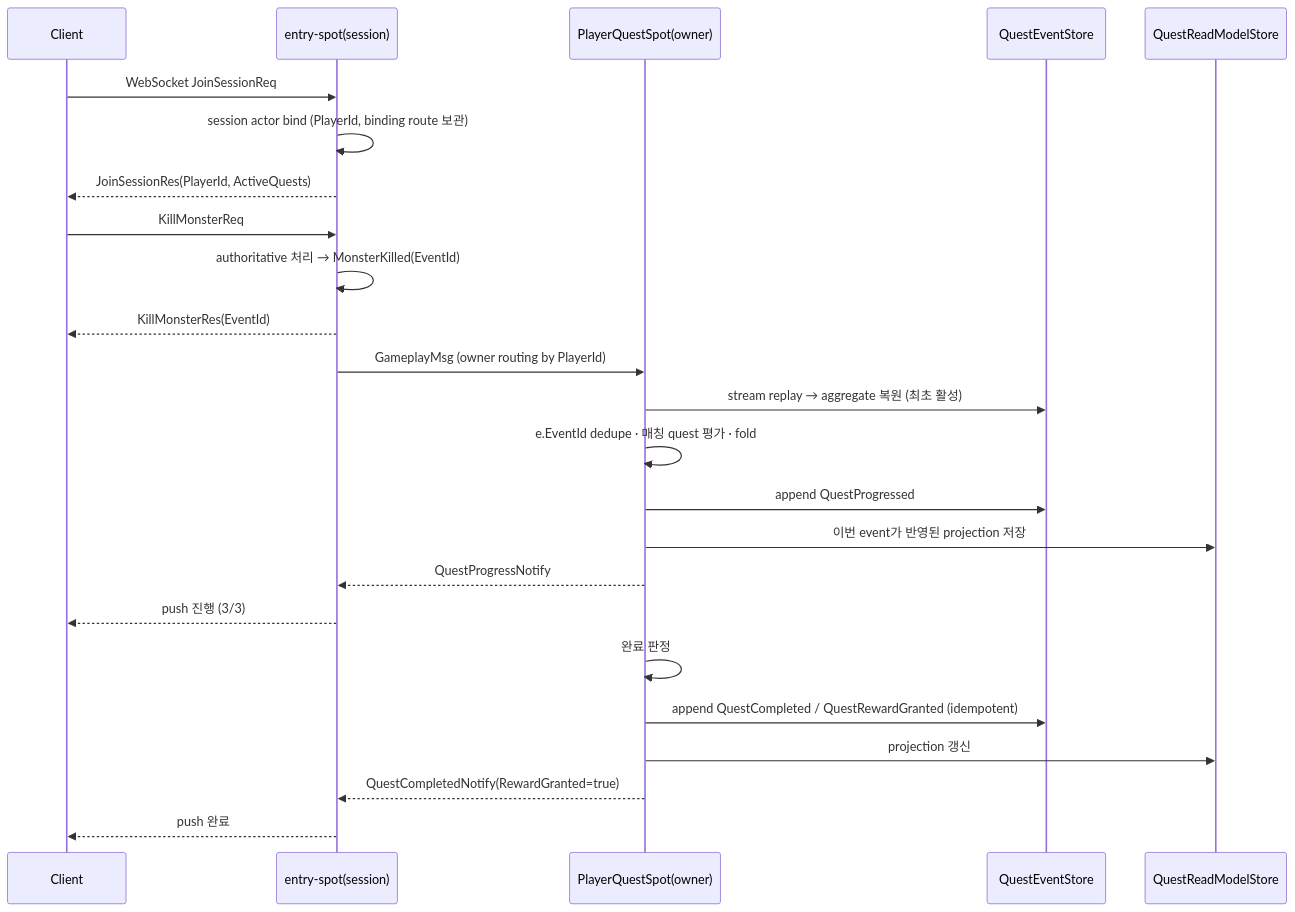
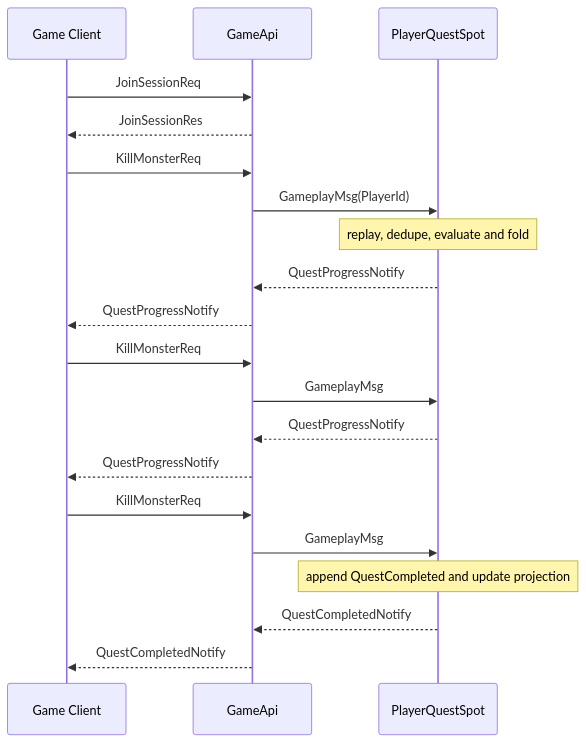
The third of 5 diagrams in framework/doc/framework/common/sample/event/gamequest.ko.md (kairos-code-dev/zlink), drawn with Mermaid before and after one commit. The commit also changed other lines of this file and 39 other files, not shown here.

````diff
--- a/framework/doc/framework/common/sample/event/gamequest.ko.md
+++ b/framework/doc/framework/common/sample/event/gamequest.ko.md
@@ -598,30 +336,23 @@
 ```mermaid
 sequenceDiagram
-    participant C as Client
-    participant ES as entry-spot(session)
-    participant P as PlayerQuestSpot(owner)
-    participant EVS as QuestEventStore
-    participant RM as QuestReadModelStore
+    participant C as Game Client
+    participant G as GameApi
+    participant P as PlayerQuestSpot
 
-    C->>ES: WebSocket JoinSessionReq
-    ES->>ES: session actor bind (PlayerId, binding route 보관)
-    ES-->>C: JoinSessionRes(PlayerId, ActiveQuests)
-
-    C->>ES: KillMonsterReq
-    ES->>ES: authoritative 처리 → MonsterKilled(EventId)
-    ES-->>C: KillMonsterRes(EventId)
-    ES->>P: GameplayMsg (owner routing by PlayerId)
-
-    P->>EVS: stream replay → aggregate 복원 (최초 활성)
-    P->>P: e.EventId dedupe · 매칭 quest 평가 · fold
-    P->>EVS: append QuestProgressed
-    P->>RM: 이번 event가 반영된 projection 저장
-    P-->>ES: QuestProgressNotify
-    ES-->>C: push 진행 (3/3)
-
-    P->>P: 완료 판정
-    P->>EVS: append QuestCompleted / QuestRewardGranted (idempotent)
-    P->>RM: projection 갱신
-    P-->>ES: QuestCompletedNotify(RewardGranted=true)
-    ES-->>C: push 완료
+    C->>G: JoinSessionReq
+    G-->>C: JoinSessionRes
+    C->>G: KillMonsterReq
+    G->>P: GameplayMsg(PlayerId)
+    Note over P: replay, dedupe, evaluate and fold
+    P-->>G: QuestProgressNotify
+    G-->>C: QuestProgressNotify
+    C->>G: KillMonsterReq
+    G->>P: GameplayMsg
+    P-->>G: QuestProgressNotify
+    G-->>C: QuestProgressNotify
+    C->>G: KillMonsterReq
+    G->>P: GameplayMsg
+    Note over P: append QuestCompleted and update projection
+    P-->>G: QuestCompletedNotify
+    G-->>C: QuestCompletedNotify
 ```
````
